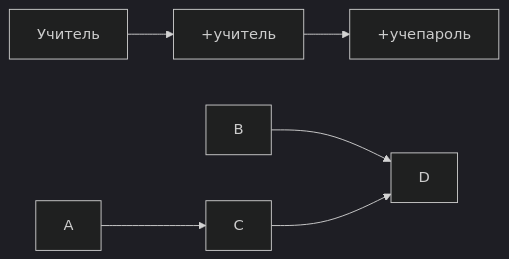
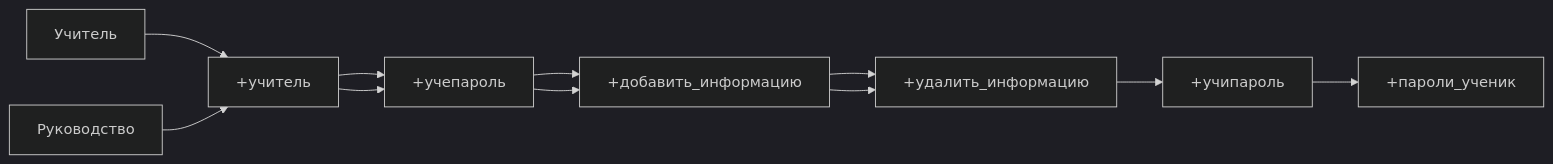
Before and after one commit to caffreyfizz/discord.py-platform-SIC: the diagram in README.md, drawn with Mermaid (dark theme).

````diff
--- a/README.md
+++ b/README.md
@@ -113,7 +113,6 @@
 ```mermaid
   graph LR;
-      Учитель-->+учитель-->+учепароль;
-      A-->C;
-      B-->D;
-      C-->D;
+      Учитель-->+учитель-->+учепароль-->+добавить_информацию-->+удалить_информацию;
+      Руководство-->+учитель-->+учепароль-->+добавить_информацию-->+удалить_информацию-->+учипароль-->+пароли_ученик;
+      
 ```
````
